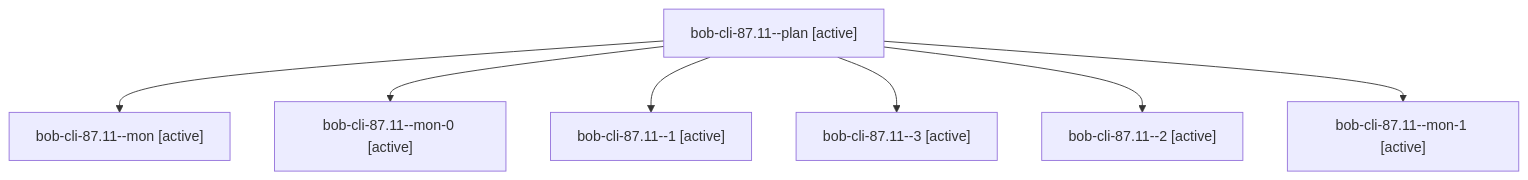
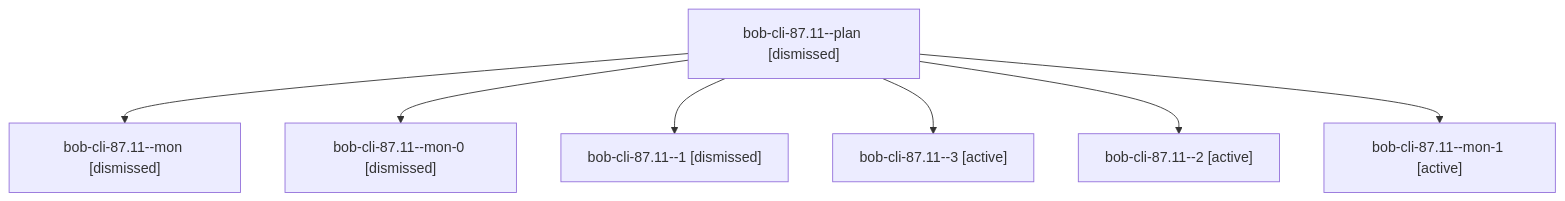
Before and after one commit to bobs-org/bob-cli--agents: the diagram in sessions/bbugyi200.athena.bob-cli-87.11.md, drawn with Mermaid. The commit also changed other lines of this file and 210 other files, not shown here.

````diff
--- a/sessions/bbugyi200.athena.bob-cli-87.11.md
+++ b/sessions/bbugyi200.athena.bob-cli-87.11.md
@@ -9,16 +9,16 @@
 ```mermaid
 flowchart TD
-  n0["bob-cli-87.11--plan [active]"]
-  n1["bob-cli-87.11--mon [active]"]
+  n0["bob-cli-87.11--plan [dismissed]"]
+  n1["bob-cli-87.11--mon [dismissed]"]
   n0 --> n1
-  n2["bob-cli-87.11--mon-0 [active]"]
+  n2["bob-cli-87.11--mon-0 [dismissed]"]
   n0 --> n2
-  n3["bob-cli-87.11--1 [active]"]
+  n3["bob-cli-87.11--1 [dismissed]"]
   n0 --> n3
   n4["bob-cli-87.11--3 [active]"]
   n0 --> n4
   n5["bob-cli-87.11--2 [active]"]
   n0 --> n5
   n6["bob-cli-87.11--mon-1 [active]"]
   n0 --> n6
 ```
````
